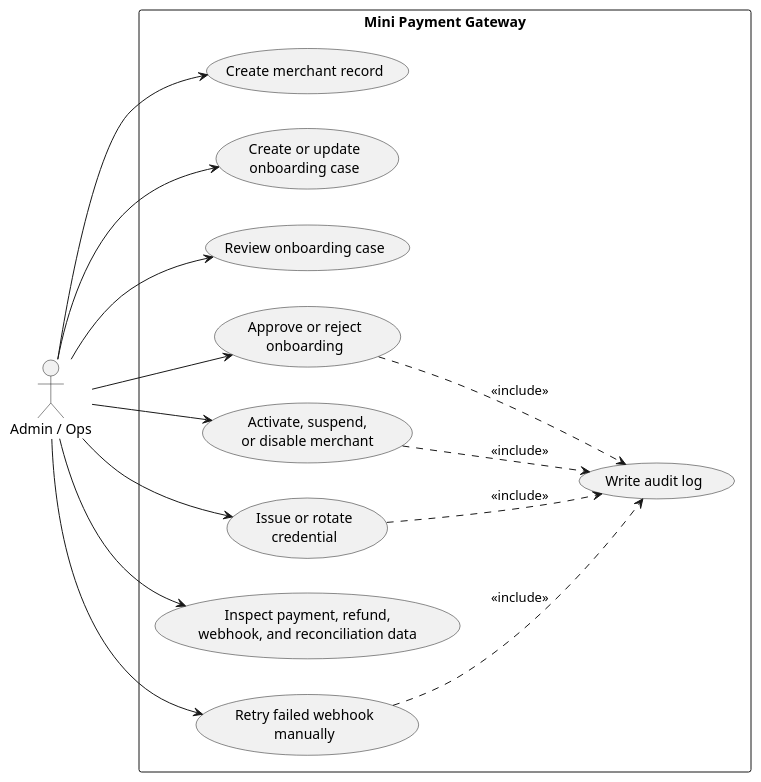
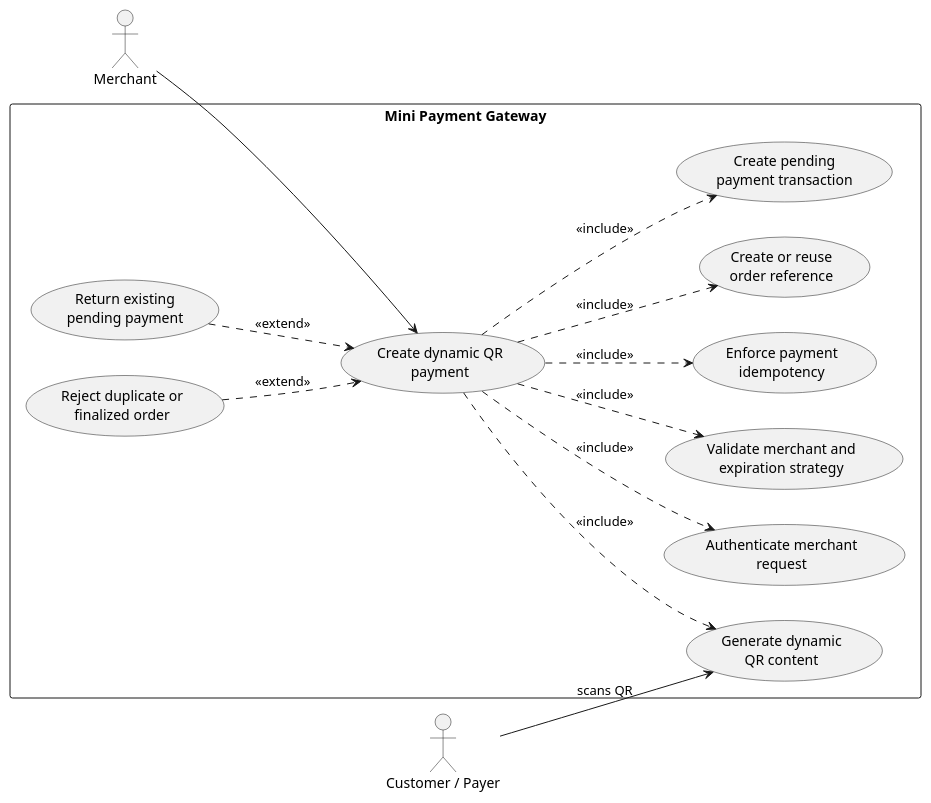
The second of 5 diagrams in docs/7_usecase_diagram.md (biabeogo147/mini-payment-gateway), drawn with PlantUML before and after one commit. The commit also changed other lines of this file and 4 other files, not shown here.

Commit message:
update usecase diagram

````diff
--- a/docs/7_usecase_diagram.md
+++ b/docs/7_usecase_diagram.md
@@ -49,34 +184,34 @@
 ```plantuml
-@startuml admin_and_onboarding
+@startuml uc002_create_dynamic_qr_payment
 left to right direction
 skinparam packageStyle rectangle
 
-actor "Admin / Ops" as Admin
+actor "Merchant" as Merchant
+actor "Customer / Payer" as Payer
 
 rectangle "Mini Payment Gateway" {
-  usecase "Create merchant record" as UC_CreateMerchant
-  usecase "Create or update\nonboarding case" as UC_UpdateOnboarding
-  usecase "Review onboarding case" as UC_ReviewOnboarding
-  usecase "Approve or reject\nonboarding" as UC_DecideOnboarding
-  usecase "Activate, suspend,\nor disable merchant" as UC_ManageStatus
-  usecase "Issue or rotate\ncredential" as UC_RotateCredential
-  usecase "Inspect payment, refund,\nwebhook, and reconciliation data" as UC_InspectOps
-  usecase "Retry failed webhook\nmanually" as UC_ManualRetry
-  usecase "Write audit log" as UC_WriteAudit
+  usecase "Create dynamic QR\npayment" as UC002
+  usecase "Authenticate merchant\nrequest" as UC_Authenticate
+  usecase "Validate merchant and\nexpiration strategy" as UC_ValidateRequest
+  usecase "Enforce payment\nidempotency" as UC_Idempotency
+  usecase "Create or reuse\norder reference" as UC_Order
+  usecase "Create pending\npayment transaction" as UC_CreatePending
+  usecase "Generate dynamic\nQR content" as UC_GenerateQr
+  usecase "Return existing\npending payment" as UC_ReturnExisting
+  usecase "Reject duplicate or\nfinalized order" as UC_RejectOrder
 }
 
-Admin --> UC_CreateMerchant
-Admin --> UC_UpdateOnboarding
-Admin --> UC_ReviewOnboarding
-Admin --> UC_DecideOnboarding
-Admin --> UC_ManageStatus
-Admin --> UC_RotateCredential
-Admin --> UC_InspectOps
-Admin --> UC_ManualRetry
+Merchant --> UC002
+Payer --> UC_GenerateQr : scans QR
 
-UC_DecideOnboarding ..> UC_WriteAudit : <<include>>
-UC_ManageStatus ..> UC_WriteAudit : <<include>>
-UC_RotateCredential ..> UC_WriteAudit : <<include>>
-UC_ManualRetry ..> UC_WriteAudit : <<include>>
+UC002 ..> UC_Authenticate : <<include>>
+UC002 ..> UC_ValidateRequest : <<include>>
+UC002 ..> UC_Idempotency : <<include>>
+UC002 ..> UC_Order : <<include>>
+UC002 ..> UC_CreatePending : <<include>>
+UC002 ..> UC_GenerateQr : <<include>>
+
+UC_ReturnExisting ..> UC002 : <<extend>>
+UC_RejectOrder ..> UC002 : <<extend>>
 @enduml
 ```
````
